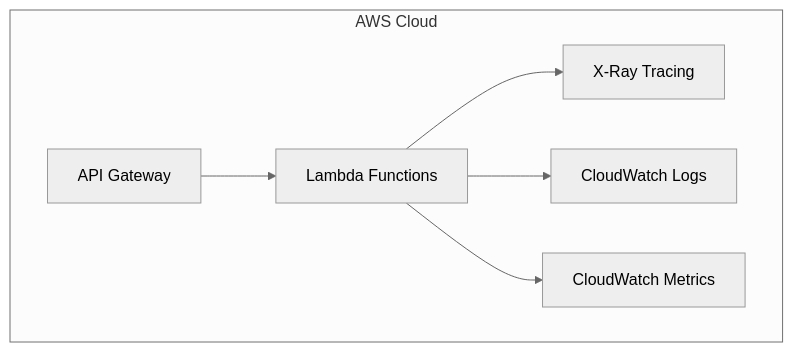
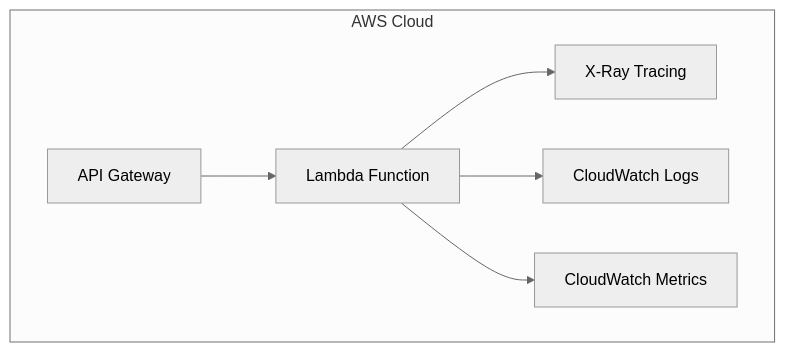
The diagram in packages/nx-plugin/src/trpc/backend/README.md (mteichtahl/nx-plugin-for-aws), drawn with Mermaid (neutral theme) before and after one commit. The commit also changed other lines of this file and 128 other files, not shown here.

````diff
--- a/packages/nx-plugin/src/trpc/backend/README.md
+++ b/packages/nx-plugin/src/trpc/backend/README.md
@@ -201,9 +210,9 @@
 ```mermaid
 graph TD
     subgraph AWS Cloud
-        APIGW[API Gateway] --> Lambda[Lambda Functions]
+        APIGW[API Gateway] --> Lambda[Lambda Function]
         Lambda --> XRay[X-Ray Tracing]
         Lambda --> CW[CloudWatch Logs]
         Lambda --> Metrics[CloudWatch Metrics]
     end
 ```
````
